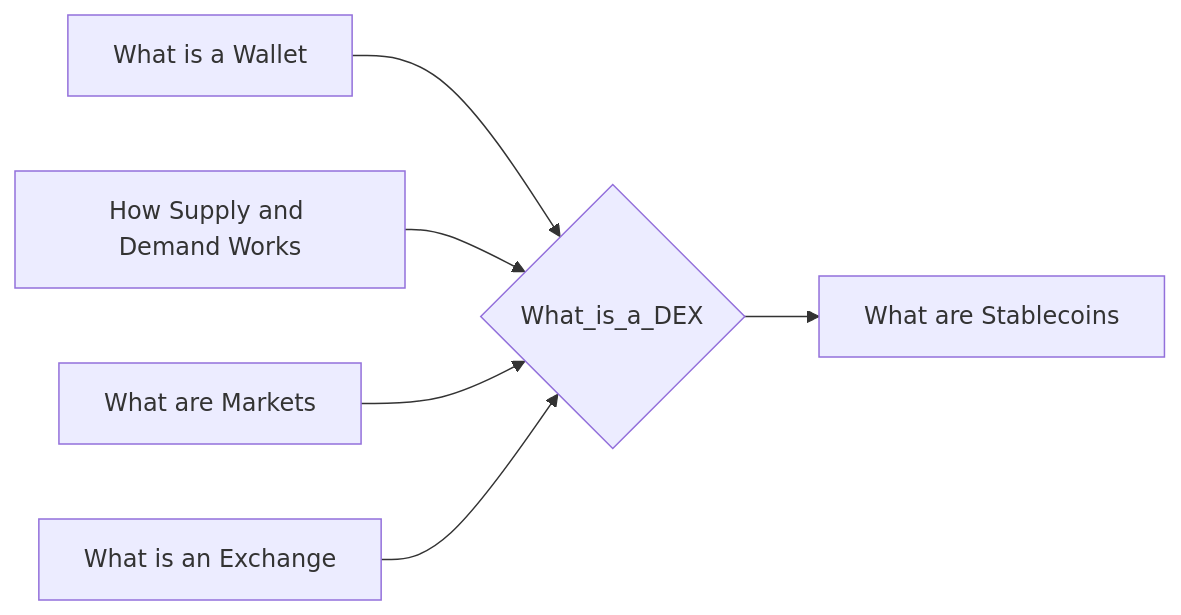
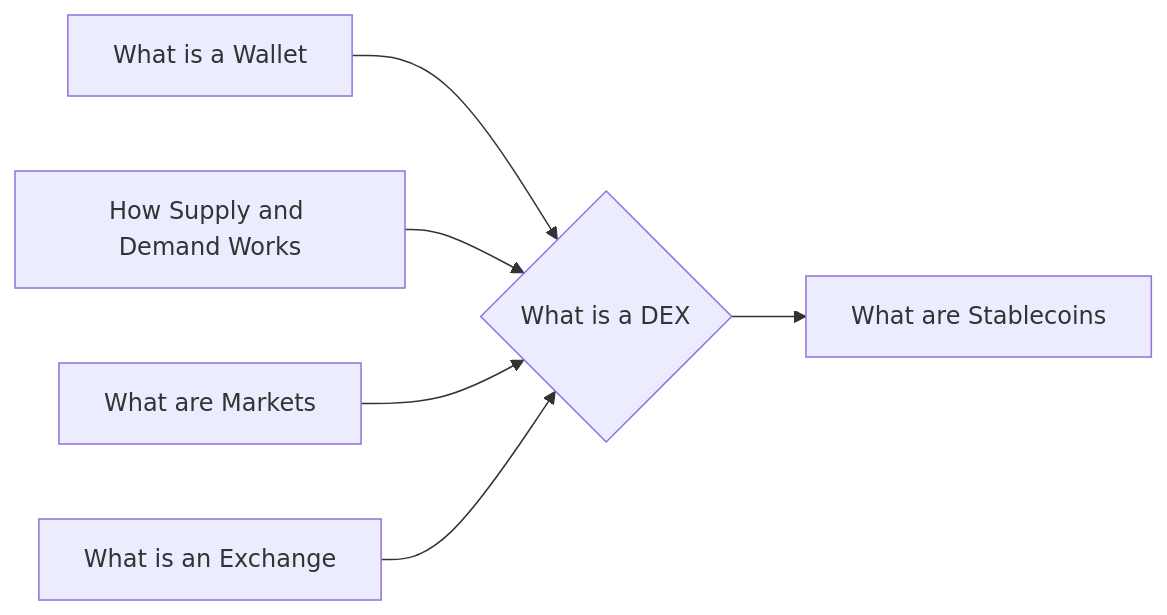
The diagram in notes/What_is_a_DEX.md (lpurdy01/crypto-knowledge-map), drawn with Mermaid before and after one commit. The commit also changed 58 other files, not shown here.

````diff
--- a/notes/What_is_a_DEX.md
+++ b/notes/What_is_a_DEX.md
@@ -15,8 +15,8 @@
 ```mermaid
 graph LR
-1["What is a Wallet"]-->0{"What_is_a_DEX"}
-2["How Supply and Demand Works"]-->0{"What_is_a_DEX"}
-3["What are Markets"]-->0{"What_is_a_DEX"}
-4["What is an Exchange"]-->0{"What_is_a_DEX"}
-0{"What_is_a_DEX"}-->5["What are Stablecoins"]
+1["What is a Wallet"]-->0{"What is a DEX"}
+2["How Supply and Demand Works"]-->0{"What is a DEX"}
+3["What are Markets"]-->0{"What is a DEX"}
+4["What is an Exchange"]-->0{"What is a DEX"}
+0{"What is a DEX"}-->5["What are Stablecoins"]
 ```
````
